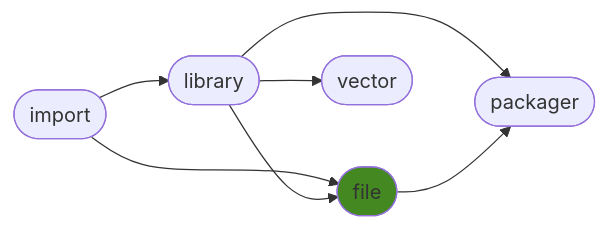
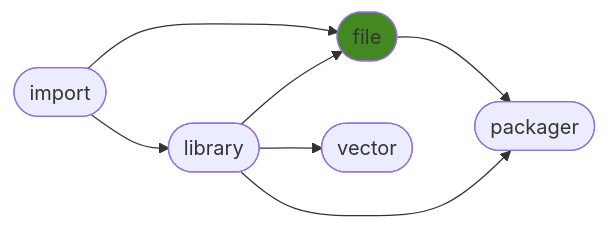
The diagram in README.md (ManderaGeneral/generalfile), drawn with Mermaid before and after one commit. The commit also changed other lines of this file, not shown here.

````diff
--- a/README.md
+++ b/README.md
@@ -24,15 +24,15 @@
 ```mermaid
 flowchart LR
-1([library]) --> 4([packager])
+1([library]) --> 3([vector])
 2([file]) --> 4([packager])
 0([import]) --> 2([file])
-1([library]) --> 3([vector])
 0([import]) --> 1([library])
 1([library]) --> 2([file])
+1([library]) --> 4([packager])
 click 0 "https://github.com/ManderaGeneral/generalimport"
 click 1 "https://github.com/ManderaGeneral/generallibrary"
 click 2 "https://github.com/ManderaGeneral/generalfile"
 click 3 "https://github.com/ManderaGeneral/generalvector"
 click 4 "https://github.com/ManderaGeneral/generalpackager"
 style 2 fill:#482
 ```
````
